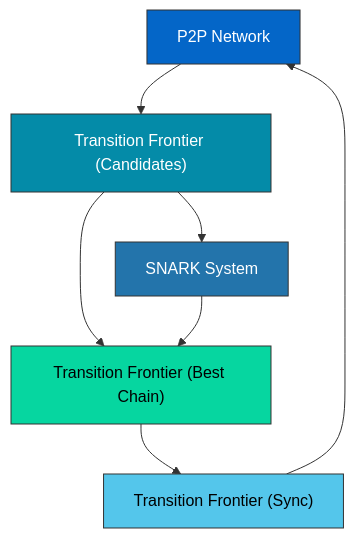
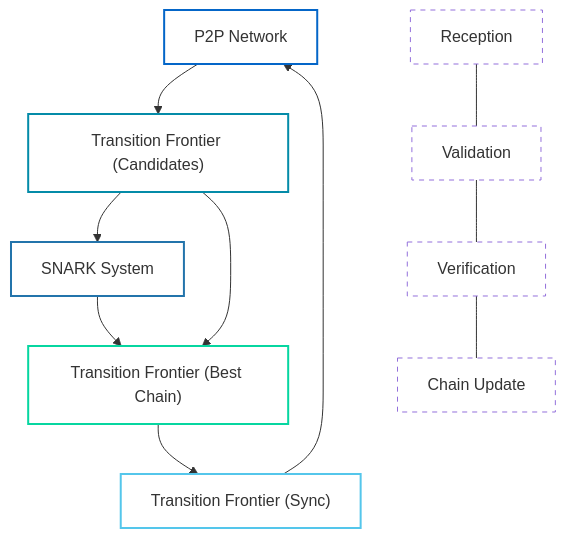
The diagram in llm-docs/architecture/block-processing.md (openmina/openmina), drawn with Mermaid before and after one commit. The commit also changed other lines of this file and 7 other files, not shown here.

Commit message:
Updated Diagrams

````diff
--- a/llm-docs/architecture/block-processing.md
+++ b/llm-docs/architecture/block-processing.md
@@ -7,21 +7,26 @@
 ```mermaid
 flowchart TD
     P2P["P2P Network"] --> TF_Candidates["Transition Frontier (Candidates)"]
     TF_Candidates --> SNARK["SNARK System"]
     TF_Candidates --> TF_BestChain["Transition Frontier (Best Chain)"]
     SNARK --> TF_BestChain
     TF_BestChain --> TF_Sync["Transition Frontier (Sync)"]
     TF_Sync --> P2P
 
-    classDef p2pClass fill:#0466c8,stroke:#333,stroke-width:1px,color:white;
-    classDef tfCandidatesClass fill:#048ba8,stroke:#333,stroke-width:1px,color:white;
-    classDef tfBestChainClass fill:#06d6a0,stroke:#333,stroke-width:1px,color:black;
-    classDef tfSyncClass fill:#54c6eb,stroke:#333,stroke-width:1px,color:black;
-    classDef snarkClass fill:#2374ab,stroke:#333,stroke-width:1px,color:white;
+    %% Legend
+    L1["Reception"] --- L2["Validation"] --- L3["Verification"] --- L4["Chain Update"]
+
+    classDef p2pClass stroke:#0466c8,stroke-width:2px,fill:none;
+    classDef tfCandidatesClass stroke:#048ba8,stroke-width:2px,fill:none;
+    classDef tfBestChainClass stroke:#06d6a0,stroke-width:2px,fill:none;
+    classDef tfSyncClass stroke:#54c6eb,stroke-width:2px,fill:none;
+    classDef snarkClass stroke:#2374ab,stroke-width:2px,fill:none;
+    classDef legend stroke-dasharray: 5 5, fill:none;
 
     class P2P p2pClass;
     class TF_Candidates tfCandidatesClass;
     class TF_BestChain tfBestChainClass;
     class TF_Sync tfSyncClass;
     class SNARK snarkClass;
+    class L1,L2,L3,L4 legend;
 ```
````
